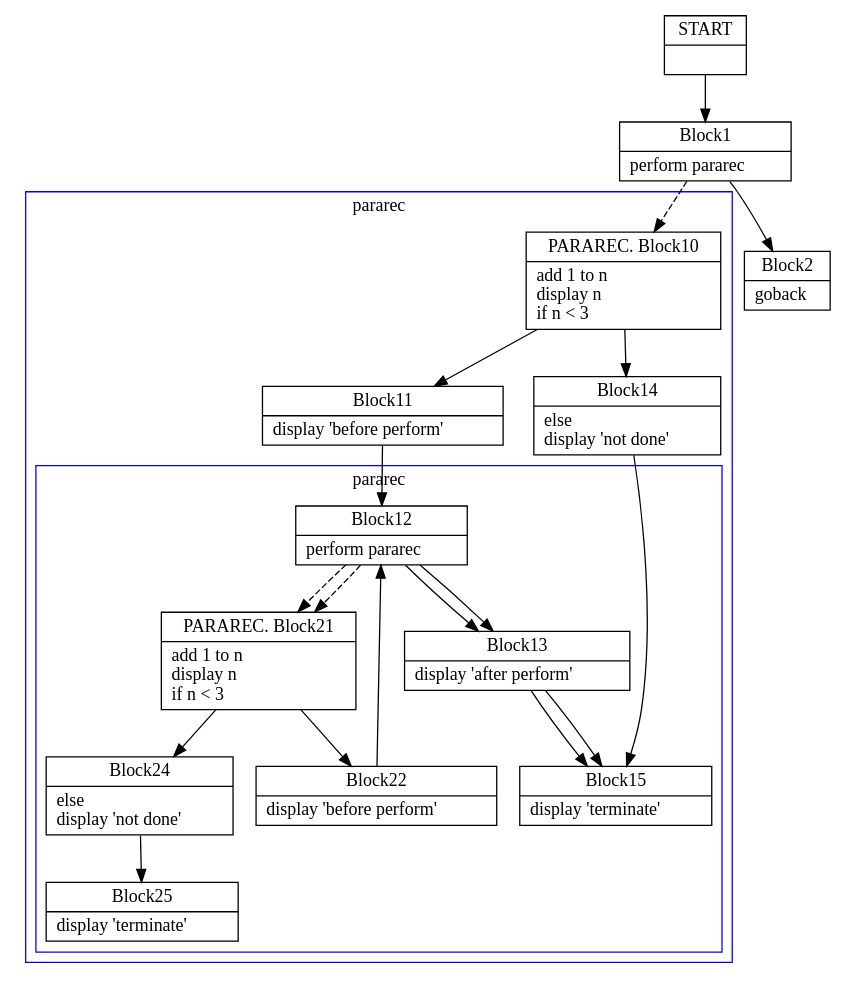
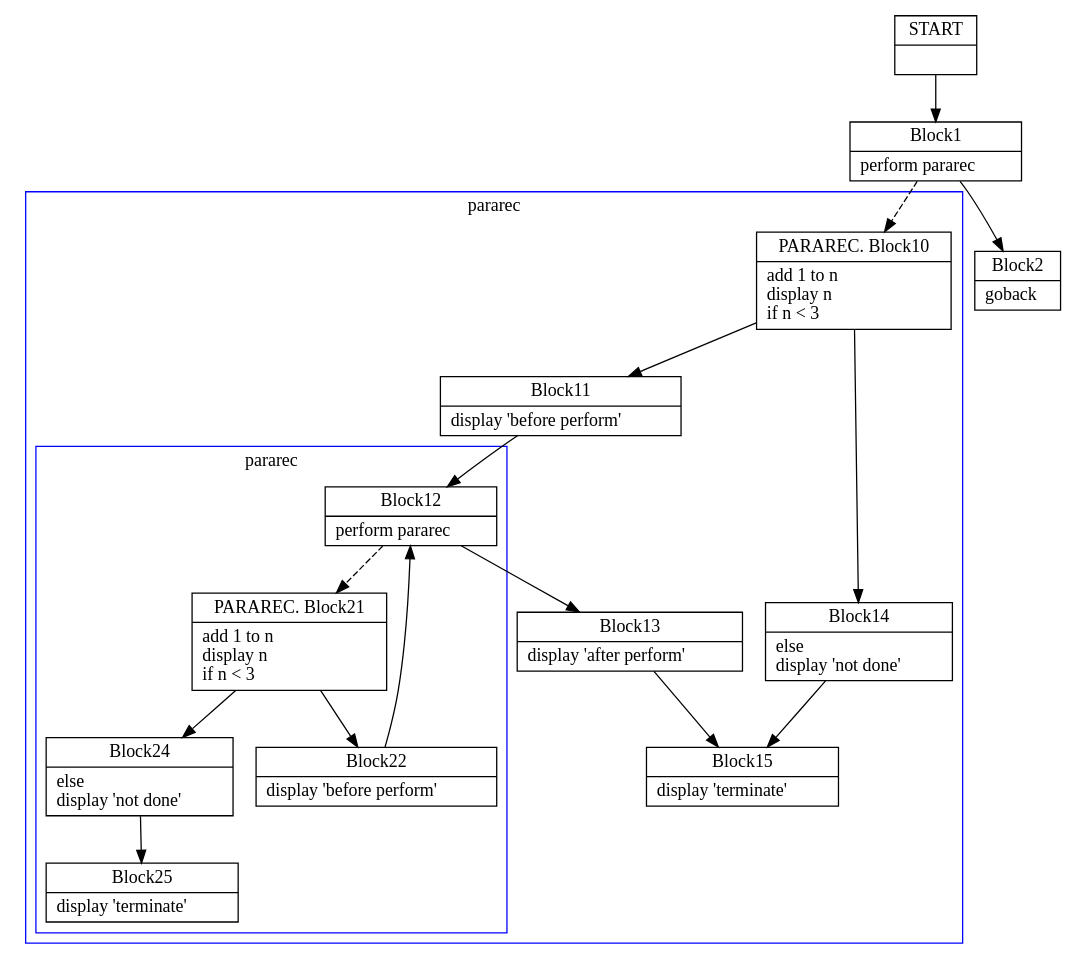
Before and after one commit to TypeCobolTeam/TypeCobol: the diagram in TypeCobol.Analysis.Test/BasicCfgInstrs/PerformProc1Recursive0.dot, drawn with Graphviz. The commit also changed 12 other files, not shown here.

First line of the commit message:
WI #1268 Avoid duplicate outgoing edges in recursive graphs

```diff
--- a/TypeCobol.Analysis.Test/BasicCfgInstrs/PerformProc1Recursive0.dot
+++ b/TypeCobol.Analysis.Test/BasicCfgInstrs/PerformProc1Recursive0.dot
@@ -1,89 +1,76 @@
 digraph Cfg {
 compound=true;
 node [
 shape = "record"
 ]
 
 edge [
 arrowtail = "empty"
 ]
 Block0 [
 label = "{START|}"
 ]
 Block1 [
 label = "{Block1|    perform pararec\l}"
 ]
 subgraph cluster_1{
 color = blue;
 label = "pararec";
 Block10 [
 label = "{PARAREC. Block10|    add 1 to n\l    display n\l    if n \< 3\l}"
 ]
 Block11 [
 label = "{Block11|       display 'before perform'\l}"
 ]
 Block12 [
 label = "{Block12|       perform pararec\l}"
 ]
 subgraph cluster_2{
 color = blue;
 label = "pararec";
 Block21 [
 label = "{PARAREC. Block21|    add 1 to n\l    display n\l    if n \< 3\l}"
 ]
 Block22 [
 label = "{Block22|       display 'before perform'\l}"
 ]
-Block12 [
-label = "{Block12|       perform pararec\l}"
-]
-Block12 -> Block21 [style=dashed]
-
-Block13 [
-label = "{Block13|       display 'after perform'\l}"
-]
-Block15 [
-label = "{Block15|    display 'terminate'\l}"
-]
 Block24 [
 label = "{Block24|    else\l       display 'not done'\l}"
 ]
 Block25 [
 label = "{Block25|    display 'terminate'\l}"
 ]
 Block21 -> Block22
 Block21 -> Block24
 Block22 -> Block12
-Block12 -> Block13
-Block13 -> Block15
 Block24 -> Block25
 
 }
 Block12 -> Block21 [style=dashed]
 
 Block13 [
 label = "{Block13|       display 'after perform'\l}"
 ]
 Block15 [
 label = "{Block15|    display 'terminate'\l}"
 ]
 Block14 [
 label = "{Block14|    else\l       display 'not done'\l}"
 ]
 Block10 -> Block11
 Block10 -> Block14
 Block11 -> Block12
 Block12 -> Block13
 Block13 -> Block15
 Block14 -> Block15
 
 }
 Block1 -> Block10 [style=dashed]
 
 Block2 [
 label = "{Block2|    goback\l}"
 ]
 Block0 -> Block1
 Block1 -> Block2
 
 }
```
